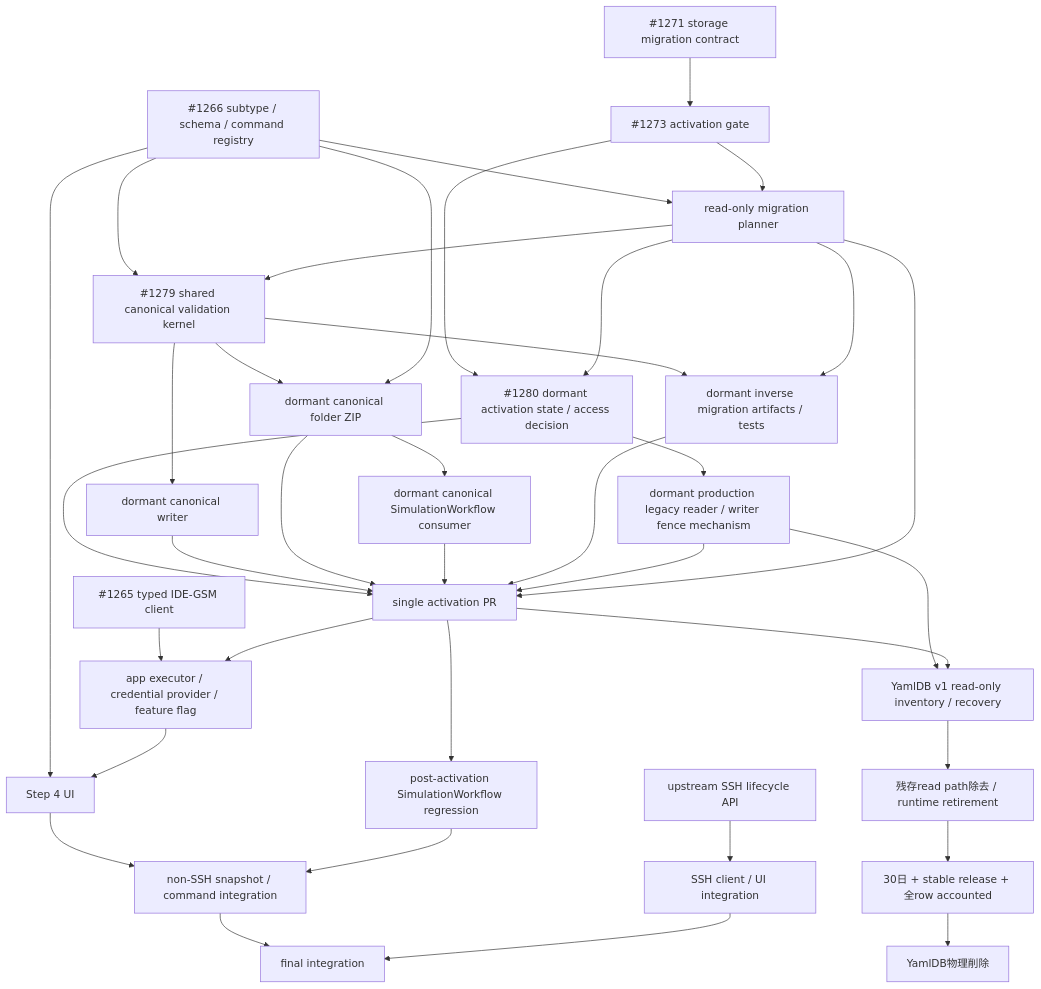
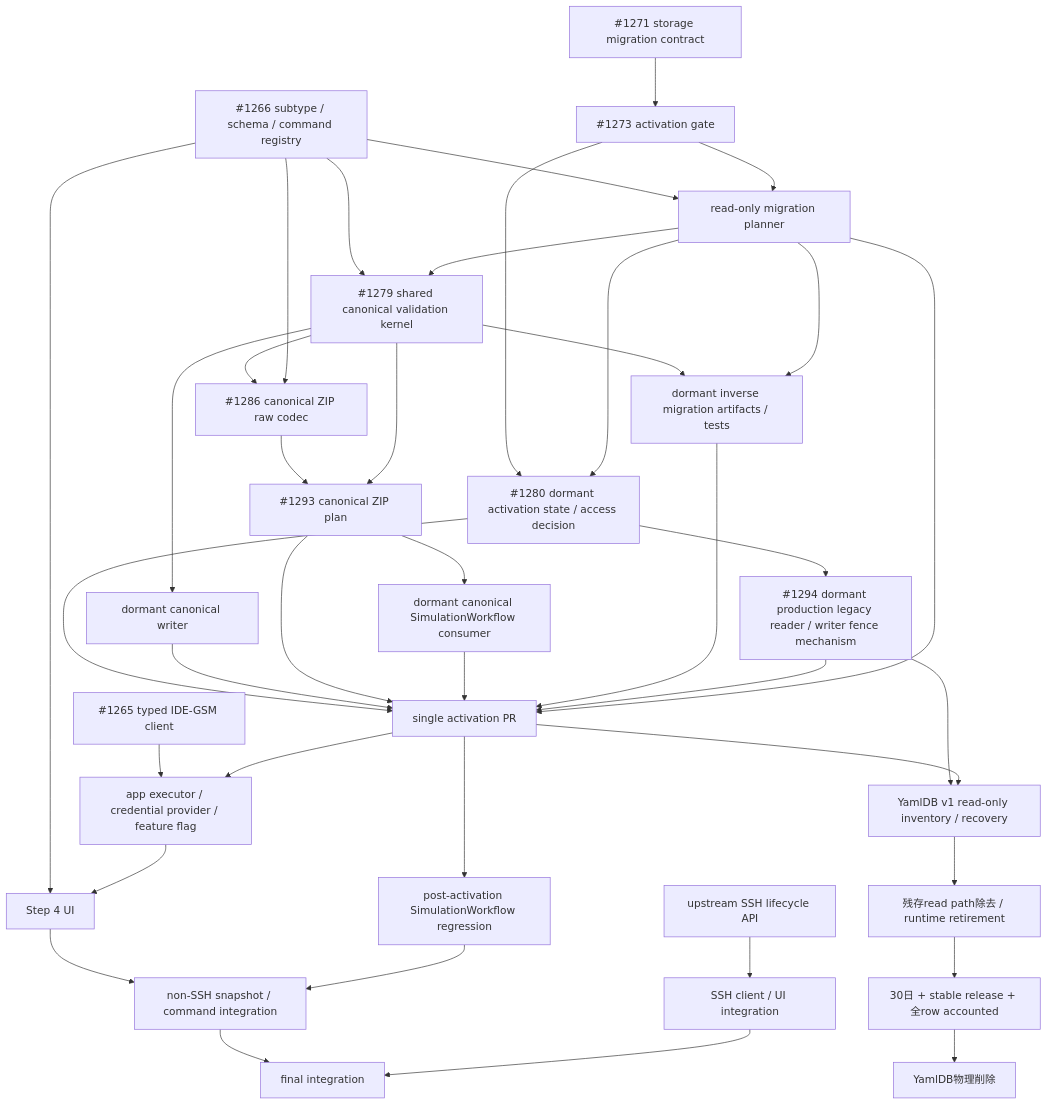
The first of 2 diagrams in docs/yaml-plugin-ide-gsm-step4-spec.md (kubohiroya/hierarchidb), drawn with Mermaid before and after one commit. The commit also changed other lines of this file and 11 other files, not shown here.

Commit message:
feat(folder-plugin): add dormant canonical YAML ZIP plans

````diff
--- a/docs/yaml-plugin-ide-gsm-step4-spec.md
+++ b/docs/yaml-plugin-ide-gsm-step4-spec.md
@@ -397,41 +411,43 @@
 ```mermaid
 graph TD
   Registry["#1266 subtype / schema / command registry"] --> Planner["read-only migration planner"]
   Registry --> Validation["#1279 shared canonical validation kernel"]
   Contract["#1271 storage migration contract"] --> ActivationContract["#1273 activation gate"]
   ActivationContract --> Planner
   Planner --> Validation
   Validation --> DormantWriter["dormant canonical writer"]
-  Validation --> DormantSnapshotIO["dormant canonical folder ZIP"]
+  Validation --> RawSnapshotCodec["#1286 canonical ZIP raw codec"]
+  RawSnapshotCodec --> DormantSnapshotIO["#1293 canonical ZIP plan"]
+  Validation --> DormantSnapshotIO
   DormantSnapshotIO --> DormantSimulation["dormant canonical SimulationWorkflow consumer"]
   Validation --> InverseArtifacts["dormant inverse migration artifacts / tests"]
   Planner --> InverseArtifacts["dormant inverse migration artifacts / tests"]
   ActivationContract --> ActivationState["#1280 dormant activation state / access decision"]
   Planner --> ActivationState
-  ActivationState --> WriterFence["dormant production legacy reader / writer fence mechanism"]
+  ActivationState --> WriterFence["#1294 dormant production legacy reader / writer fence mechanism"]
   ActivationState --> Activation["single activation PR"]
   DormantWriter --> Activation["single activation PR"]
   DormantSnapshotIO --> Activation
   DormantSimulation --> Activation
   InverseArtifacts --> Activation
   WriterFence --> Activation
   Planner --> Activation
-  Registry --> DormantSnapshotIO
+  Registry --> RawSnapshotCodec
   Registry --> Step4["Step 4 UI"]
   Client["#1265 typed IDE-GSM client"] --> Executor["app executor / credential provider / feature flag"]
   Activation --> Executor
   Executor --> Step4
   Activation --> SimulationRegression["post-activation SimulationWorkflow regression"]
   Step4 --> NonSshIntegration["non-SSH snapshot / command integration"]
   SimulationRegression --> NonSshIntegration
 
   WriterFence --> LegacyRecovery["YamlDB v1 read-only inventory / recovery"]
   Activation --> LegacyRecovery
   LegacyRecovery --> RemoveYamlReads["残存read path除去 / runtime retirement"]
   RemoveYamlReads --> RetentionGate["30日 + stable release + 全row accounted"]
   RetentionGate --> DeleteYamlDB["YamlDB物理削除"]
 
   UpstreamSsh["upstream SSH lifecycle API"] --> SshIntegration["SSH client / UI integration"]
   NonSshIntegration --> FinalIntegration["final integration"]
   SshIntegration --> FinalIntegration
 ```
````
